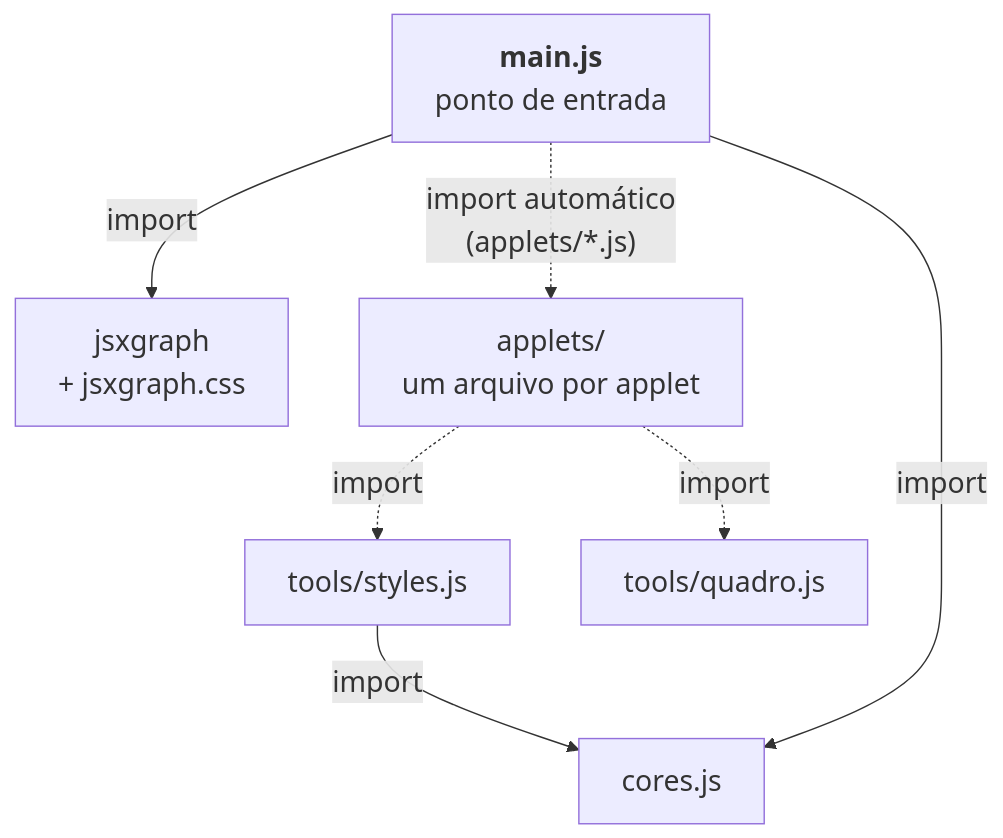
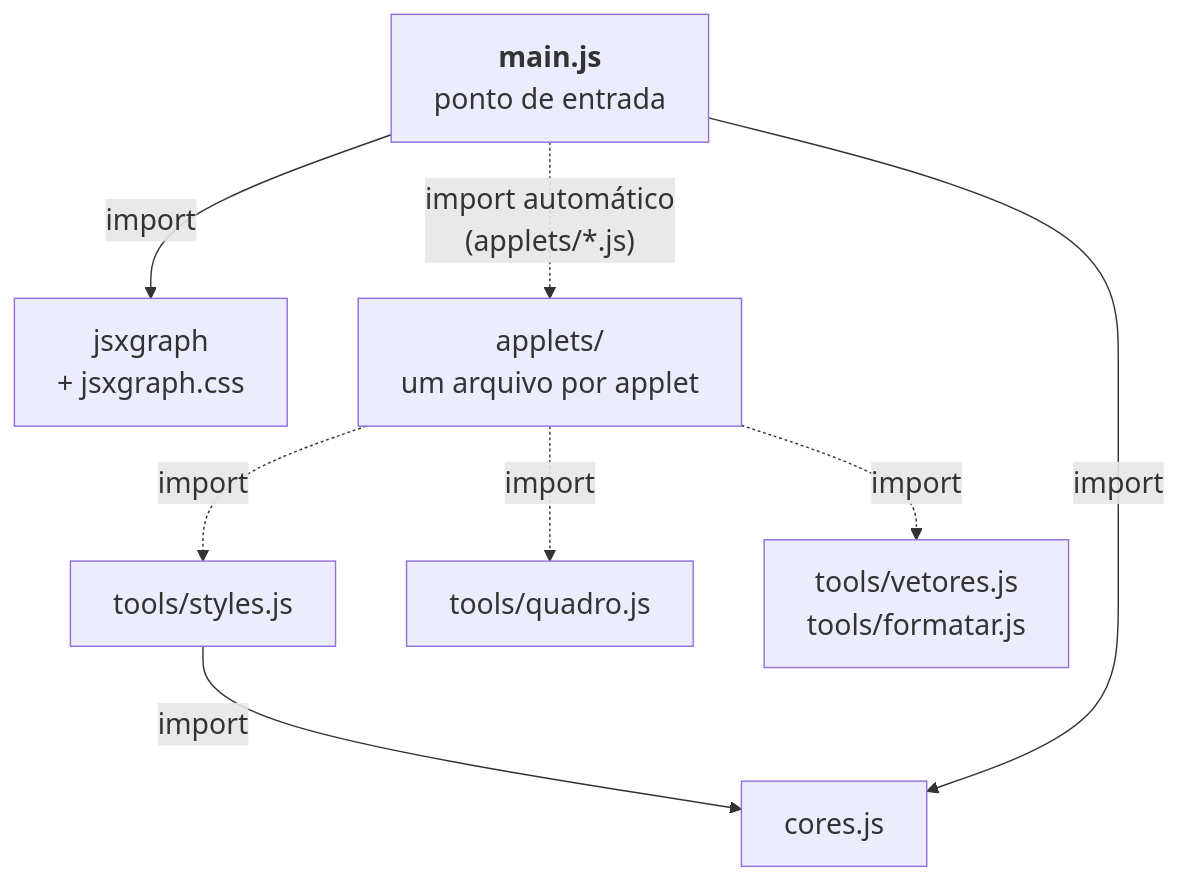
The fifth of 9 diagrams in _interno/diretrizes/arquitetura.md (lcmerlo/livro-online-fcg), drawn with Mermaid before and after one commit. The commit also changed other lines of this file and 6 other files, not shown here.

````diff
--- a/_interno/diretrizes/arquitetura.md
+++ b/_interno/diretrizes/arquitetura.md
@@ -291,17 +295,18 @@
 ```mermaid
 %%{init: {"themeVariables": {"fontSize": "20px"}, "flowchart": {"wrappingWidth": 420}}}%%
 flowchart TD
     main["<b>main.js</b><br/>ponto de entrada"]
     jxg["jsxgraph<br/>+ jsxgraph.css"]
     novo["applets/<br/>um arquivo por applet"]
     styles["tools/styles.js"]
     quadro["tools/quadro.js"]
     cores["cores.js"]
 
     main -->|"import"| jxg
     main -.->|"import automático<br/>(applets/*.js)"| novo
     novo -.->|"import"| styles
     novo -.->|"import"| quadro
+    novo -.->|"import"| contas["tools/vetores.js<br/>tools/formatar.js"]
     styles -->|"import"| cores
     main -->|"import"| cores
 ```
````
